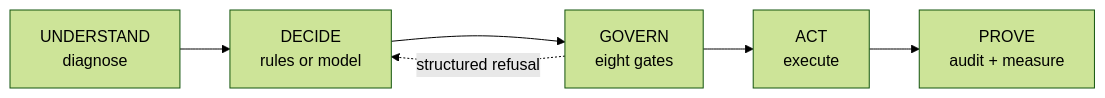
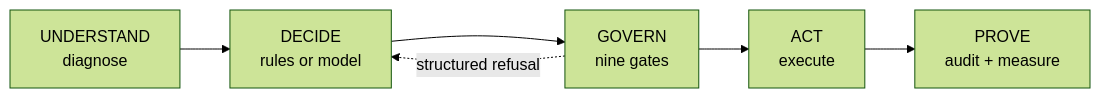
Before and after one commit to YuganshThacker/recoup: the diagram in README.md, drawn with Mermaid (forest theme). The commit also changed 16 other files, not shown here.

````diff
--- a/README.md
+++ b/README.md
@@ -47,8 +47,8 @@
 ```mermaid
 flowchart LR
     A[UNDERSTAND<br/>diagnose] --> B[DECIDE<br/>rules or model]
-    B --> C[GOVERN<br/>eight gates]
+    B --> C[GOVERN<br/>nine gates]
     C --> D[ACT<br/>execute]
     D --> E[PROVE<br/>audit + measure]
     C -. structured refusal .-> B
 ```
````
